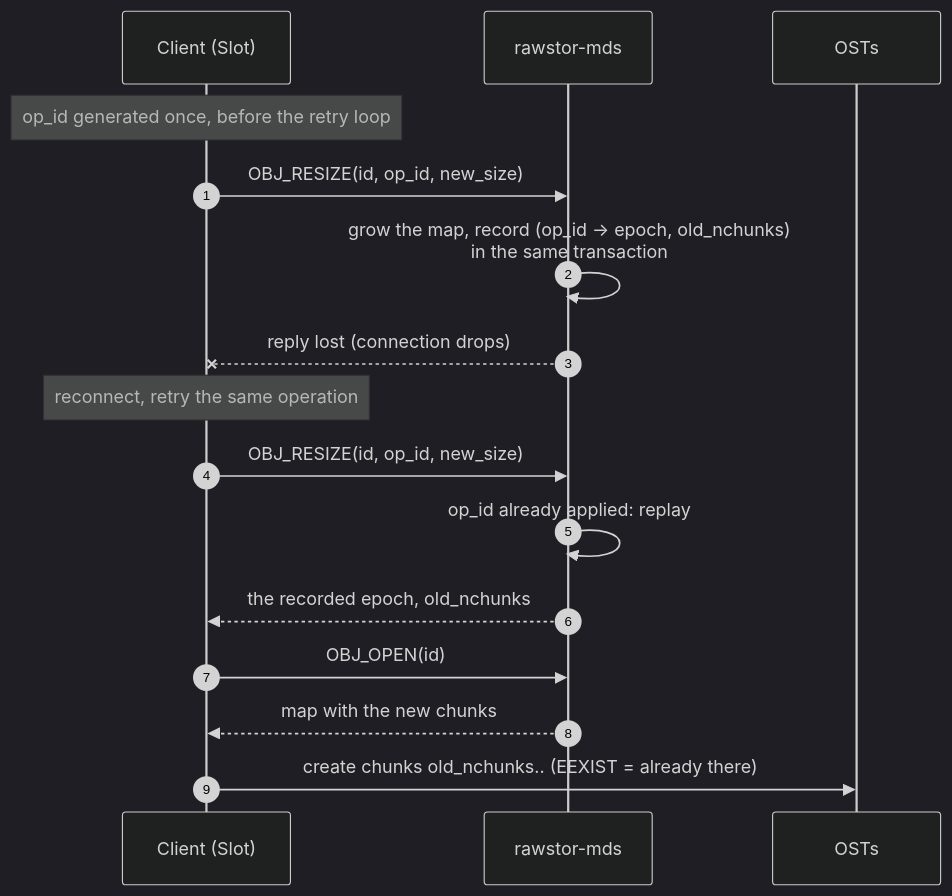
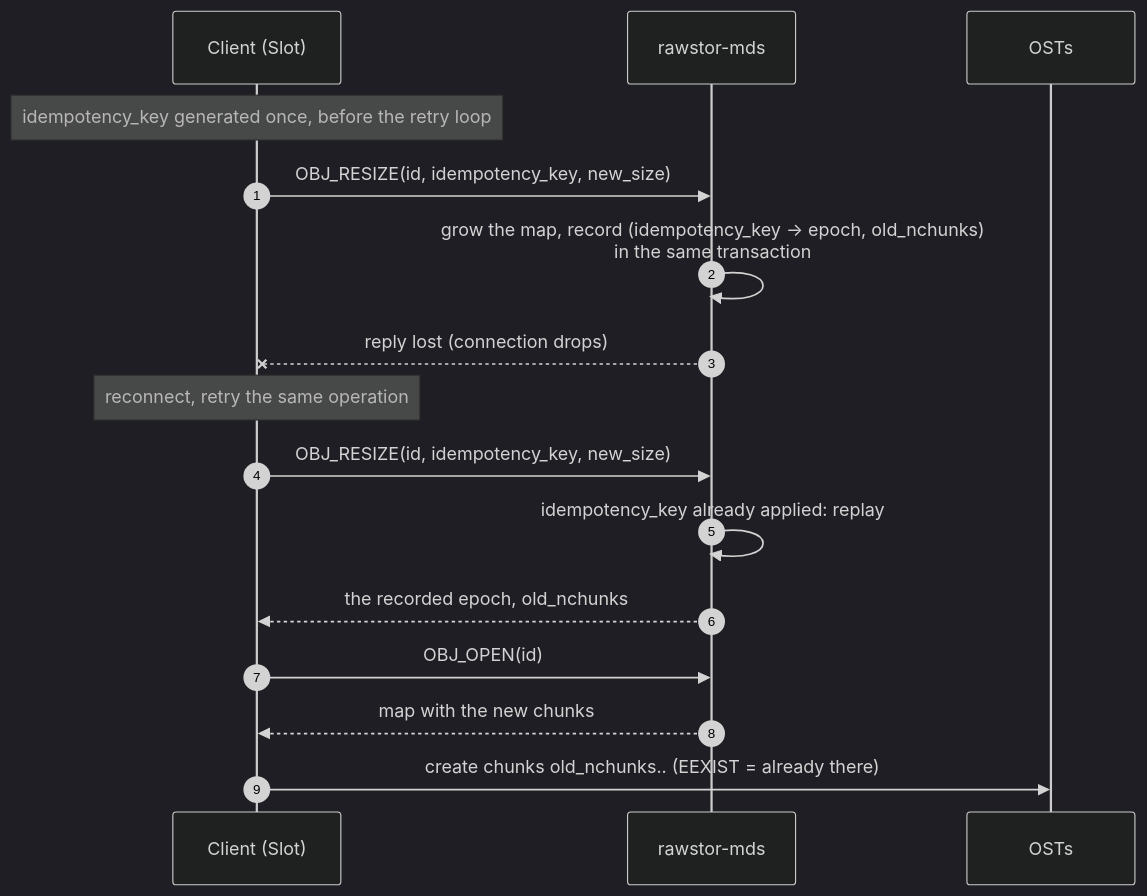
The third of 8 diagrams in docs/mds.md (rawstor/librawstor), drawn with Mermaid (dark theme) before and after one commit. The commit also changed other lines of this file and 17 other files, not shown here.

First line of the commit message:
ref: op_id -> idempotency_key

````diff
--- a/docs/mds.md
+++ b/docs/mds.md
@@ -392,18 +392,18 @@
 ```mermaid
 sequenceDiagram
     autonumber
     participant C as Client (Slot)
     participant M as rawstor-mds
     participant O as OSTs
-    Note over C: op_id generated once, before the retry loop
-    C->>M: OBJ_RESIZE(id, op_id, new_size)
-    M->>M: grow the map, record (op_id -> epoch, old_nchunks)<br/>in the same transaction
+    Note over C: idempotency_key generated once, before the retry loop
+    C->>M: OBJ_RESIZE(id, idempotency_key, new_size)
+    M->>M: grow the map, record (idempotency_key -> epoch, old_nchunks)<br/>in the same transaction
     M--xC: reply lost (connection drops)
     Note over C: reconnect, retry the same operation
-    C->>M: OBJ_RESIZE(id, op_id, new_size)
-    M->>M: op_id already applied: replay
+    C->>M: OBJ_RESIZE(id, idempotency_key, new_size)
+    M->>M: idempotency_key already applied: replay
     M-->>C: the recorded epoch, old_nchunks
     C->>M: OBJ_OPEN(id)
     M-->>C: map with the new chunks
     C->>O: create chunks old_nchunks.. (EEXIST = already there)
 ```
````
